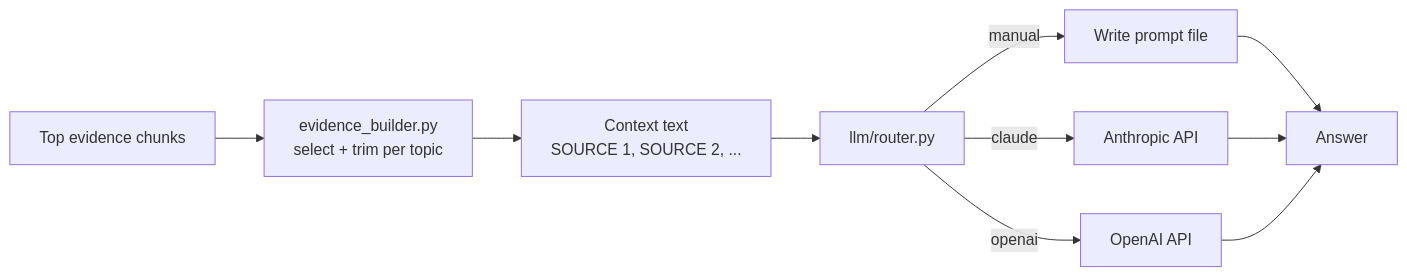
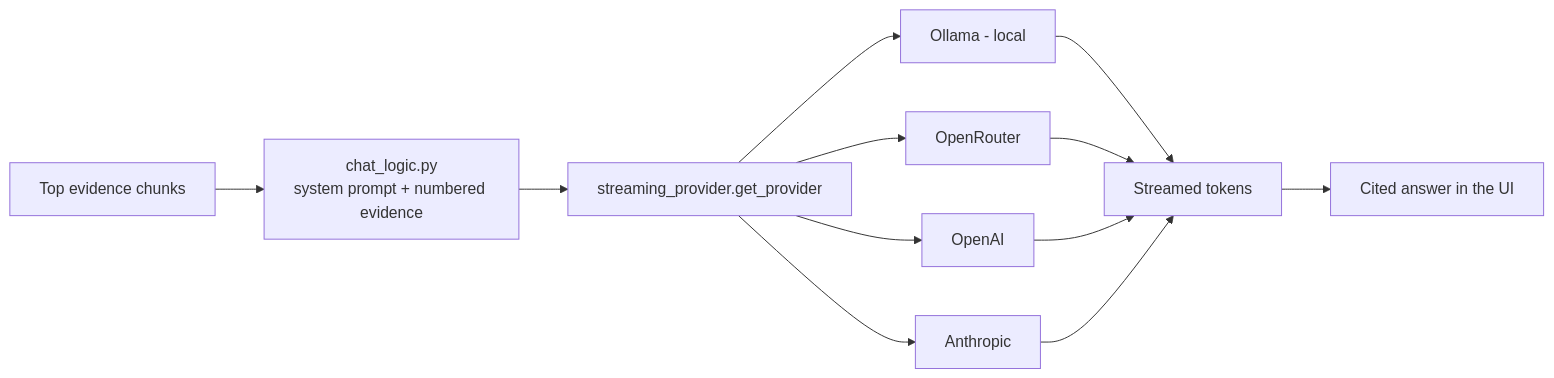
The fourth of 5 diagrams in docs/PIPELINE.md (anistondeveloperteam-ANT/Audio-research-assistant), drawn with Mermaid before and after one commit. The commit also changed other lines of this file and 20 other files, not shown here.

````diff
--- a/docs/PIPELINE.md
+++ b/docs/PIPELINE.md
@@ -189,12 +181,14 @@
 ```mermaid
 flowchart LR
-    EV[Top evidence chunks] --> EB[evidence_builder.py<br/>select + trim per topic]
-    EB --> CTX[Context text<br/>SOURCE 1, SOURCE 2, ...]
-    CTX --> RT[llm/router.py]
-    RT -->|manual| MP[Write prompt file]
-    RT -->|claude| CL[Anthropic API]
-    RT -->|openai| OA[OpenAI API]
-    MP --> A[Answer]
-    CL --> A
-    OA --> A
+    EV[Top evidence chunks] --> SP[chat_logic.py<br/>system prompt + numbered evidence]
+    SP --> PROV[streaming_provider.get_provider]
+    PROV --> OLL[Ollama - local]
+    PROV --> OR[OpenRouter]
+    PROV --> OAI[OpenAI]
+    PROV --> ANTH[Anthropic]
+    OLL --> TOK[Streamed tokens]
+    OR --> TOK
+    OAI --> TOK
+    ANTH --> TOK
+    TOK --> ANS[Cited answer in the UI]
 ```
````
